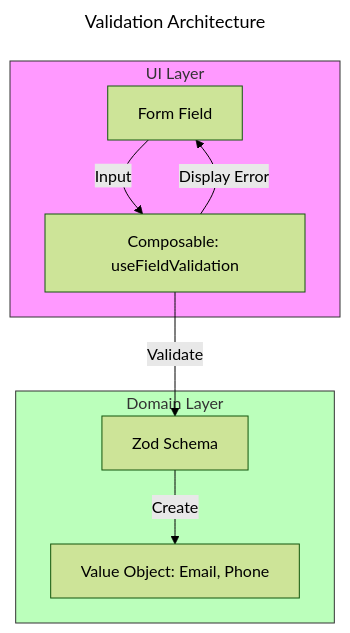
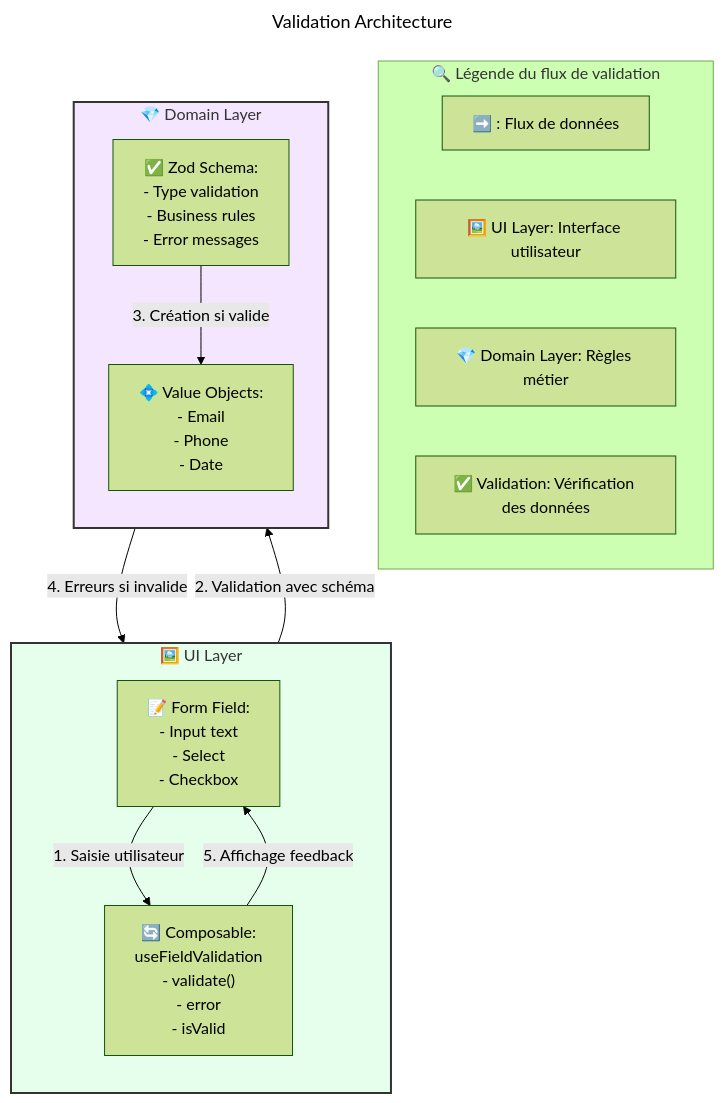
One commit to giak/cv-generator changed the fourth of 4 diagrams in docs/ARCHITECTURE.md. Above: the diagram before and after it, drawn with Mermaid (forest theme). The commit also changed other lines of this file and 43 other files, not shown here.

````diff
--- a/docs/ARCHITECTURE.md
+++ b/docs/ARCHITECTURE.md
@@ -127,23 +358,52 @@
 ```mermaid
 ---
 title: Validation Architecture
 ---
 graph TD
-    subgraph UI["UI Layer"]
-        FF[Form Field]
-        CF[Composable: useFieldValidation]
+    %% Légende en haut
+    subgraph LEGEND["🔍 Légende du flux de validation"]
+        direction LR
+        L1["➡️ : Flux de données"]
+        L2["🖼️ UI Layer: Interface utilisateur"]
+        L3["💎 Domain Layer: Règles métier"]
+        L4["✅ Validation: Vérification des données"]
     end
 
-    subgraph DOM["Domain Layer"]
-        VO[Value Object: Email, Phone]
-        ZS[Zod Schema]
+    subgraph UI["🖼️ UI Layer"]
+        direction TB
+        FF["📝 Form Field:
+        - Input text
+        - Select
+        - Checkbox"]
+
+        CF["🔄 Composable:
+        useFieldValidation
+        - validate()
+        - error
+        - isValid"]
+
+        style UI fill:#e6ffec,stroke:#333,stroke-width:2px
     end
 
-    FF -->|Input| CF
-    CF -->|Validate| ZS
-    ZS -->|Create| VO
-    CF -->|Display Error| FF
+    subgraph DOM["💎 Domain Layer"]
+        direction TB
+        VO["💠 Value Objects:
+        - Email
+        - Phone
+        - Date"]
 
-    style UI fill:#f9f,stroke:#333
-    style DOM fill:#bfb,stroke:#333
+        ZS["✅ Zod Schema:
+        - Type validation
+        - Business rules
+        - Error messages"]
+
+        style DOM fill:#f5e6ff,stroke:#333,stroke-width:2px
+    end
+
+    %% Flux de validation
+    FF -->|"1. Saisie utilisateur"| CF
+    CF -->|"2. Validation avec schéma"| ZS
+    ZS -->|"3. Création si valide"| VO
+    ZS -->|"4. Erreurs si invalide"| CF
+    CF -->|"5. Affichage feedback"| FF
 ```
````
